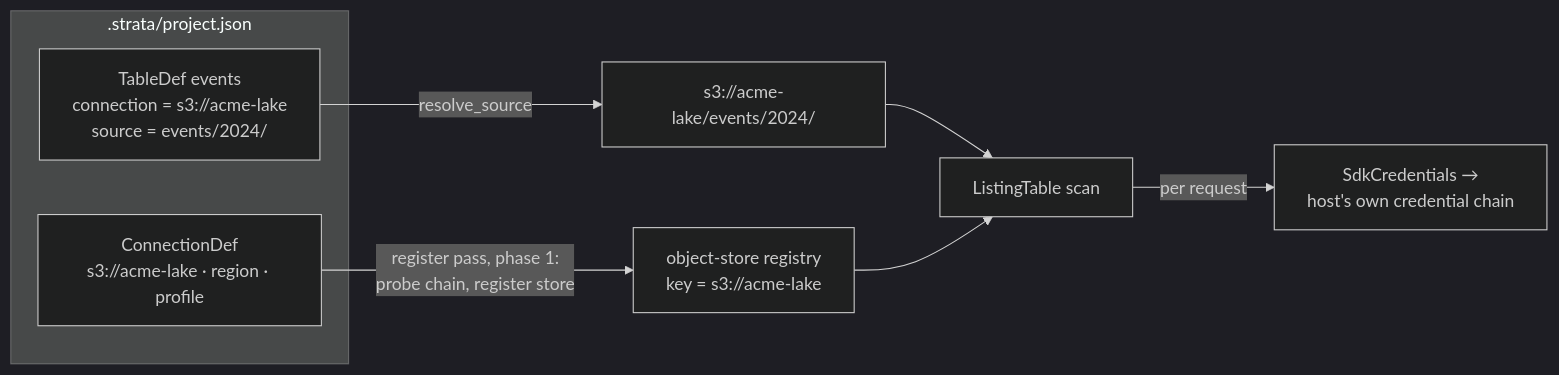
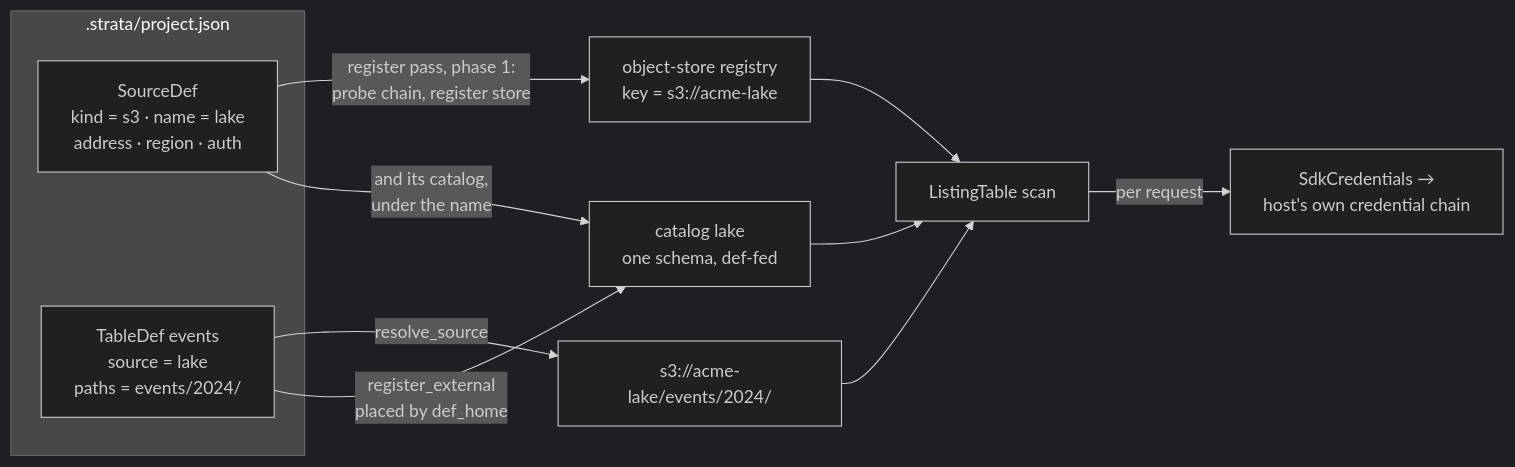
One commit to alexparlett/strata changed the diagram in docs/CONNECTIONS_SPEC.md. Above: the diagram before and after it, drawn with Mermaid (dark theme). The commit also changed other lines of this file and 7 other files, not shown here.

````diff
--- a/docs/CONNECTIONS_SPEC.md
+++ b/docs/CONNECTIONS_SPEC.md
@@ -969,12 +1019,15 @@
 ```mermaid
 flowchart LR
     subgraph project [".strata/project.json"]
-        C["ConnectionDef<br/>s3://acme-lake · region · profile"]
-        T["TableDef events<br/>connection = s3://acme-lake<br/>source = events/2024/"]
+        C["SourceDef<br/>kind = s3 · name = lake<br/>address · region · auth"]
+        T["TableDef events<br/>source = lake<br/>paths = events/2024/"]
     end
     C -->|"register pass, phase 1:<br/>probe chain, register store"| R["object-store registry<br/>key = s3://acme-lake"]
+    C -->|"and its catalog,<br/>under the name"| K["catalog lake<br/>one schema, def-fed"]
     T -->|"resolve_source"| U["s3://acme-lake/events/2024/"]
+    T -->|"register_external<br/>placed by def_home"| K
     U --> S["ListingTable scan"]
     R --> S
+    K --> S
     S -->|"per request"| P["SdkCredentials →<br/>host's own credential chain"]
 ```
````
